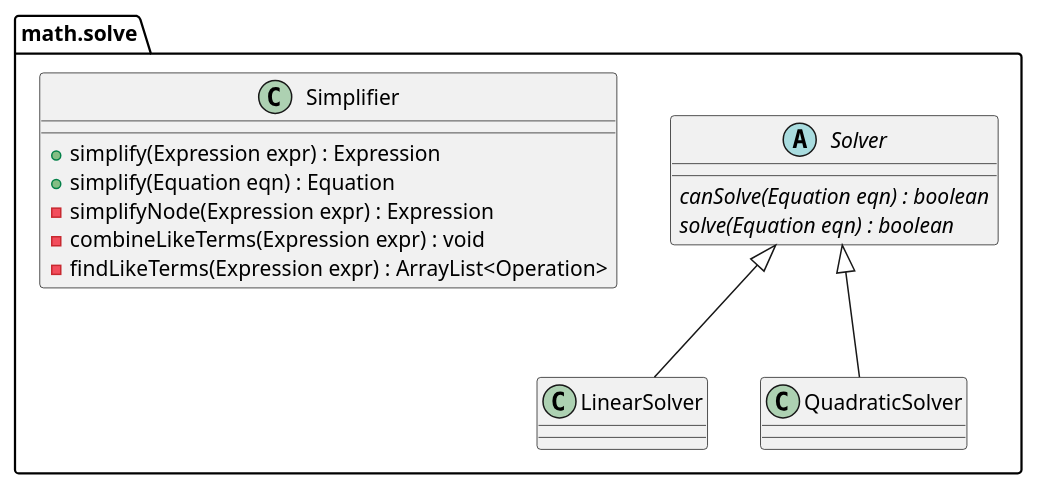
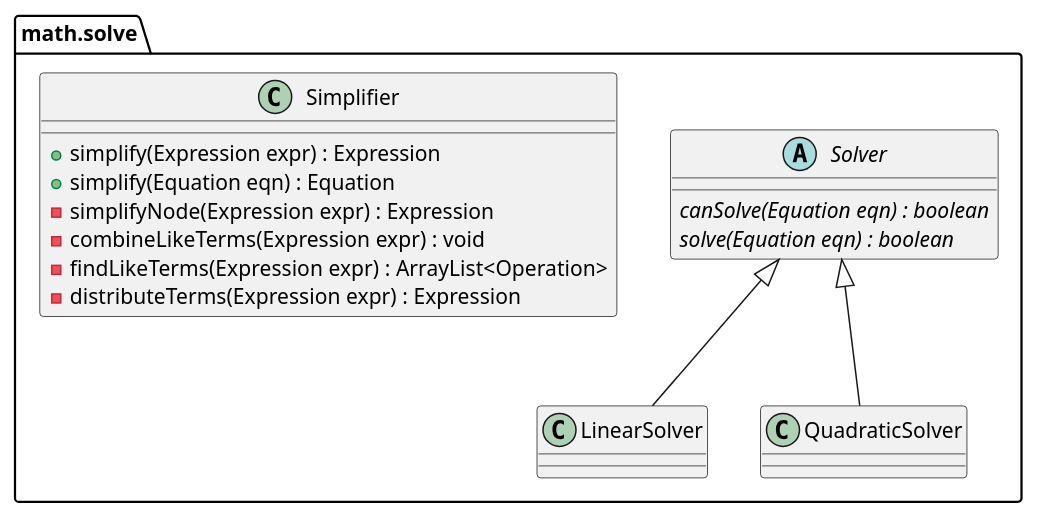
One commit to ichard26/runthenumbers changed the fourth of 5 diagrams in docs/math.md. Above: the diagram before and after it, drawn with PlantUML. The commit also changed other lines of this file and 8 other files, not shown here.

````diff
--- a/docs/math.md
+++ b/docs/math.md
@@ -347,24 +350,25 @@
 ```plantuml
 set separator none
 package math.solve {
   class Solver
   class LinearSolver
   class QuadraticSolver
   class Simplifier
 }
 
 abstract class Solver {
   {abstract} canSolve(Equation eqn) : boolean
   {abstract} solve(Equation eqn) : boolean
 }
 class LinearSolver extends Solver {}
 class QuadraticSolver extends Solver {}
 
 class Simplifier {
     +simplify(Expression expr) : Expression
     +simplify(Equation eqn) : Equation
     -simplifyNode(Expression expr) : Expression
     -combineLikeTerms(Expression expr) : void
     -findLikeTerms(Expression expr) : ArrayList<Operation> 
+    -distributeTerms(Expression expr) : Expression
 }
 ```
````
